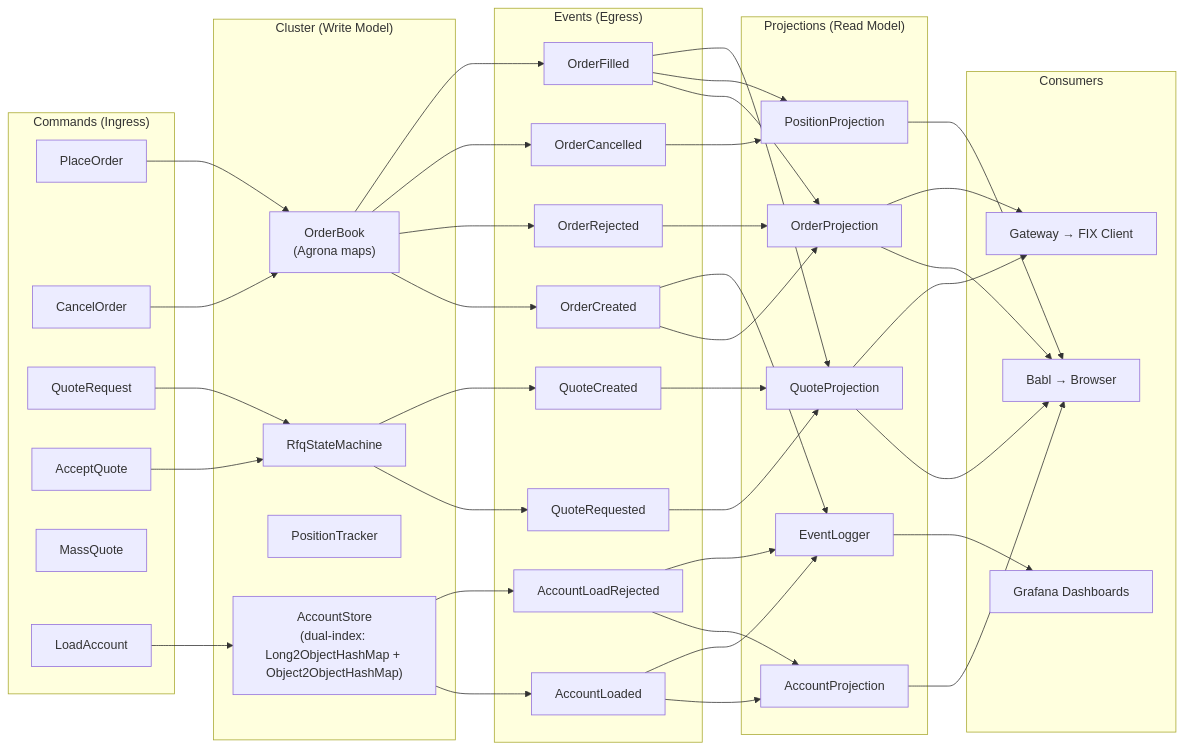
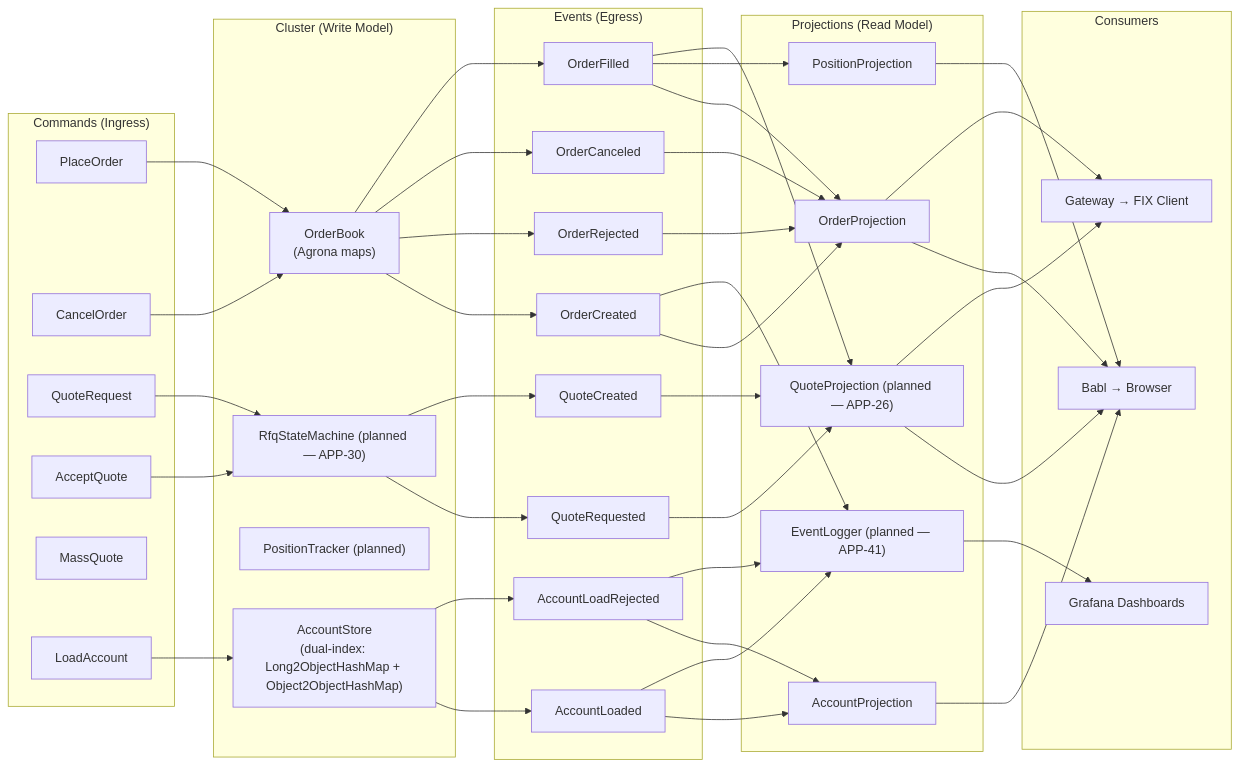
Before and after one commit to jsohi/app-trading-engine: the diagram in docs/event-map.md, drawn with Mermaid. The commit also changed other lines of this file and 15 other files, not shown here.

````diff
--- a/docs/event-map.md
+++ b/docs/event-map.md
@@ -127,80 +168,80 @@
 ```mermaid
 graph LR
     subgraph Ingress["Commands (Ingress)"]
         PlaceOrder
         CancelOrder
         QuoteRequest
         AcceptQuote
         MassQuote
         LoadAccount
     end
 
     subgraph Cluster["Cluster (Write Model)"]
         OH["OrderBook<br/>(Agrona maps)"]
-        RFQ["RfqStateMachine"]
-        PT["PositionTracker"]
+        RFQ["RfqStateMachine (planned — APP-30)"]
+        PT["PositionTracker (planned)"]
         AS["AccountStore<br/>(dual-index: Long2ObjectHashMap + Object2ObjectHashMap)"]
     end
 
     subgraph Events["Events (Egress)"]
         OA["OrderCreated"]
         OR["OrderRejected"]
         OF["OrderFilled"]
-        OC["OrderCancelled"]
+        OC["OrderCanceled"]
         QReq["QuoteRequested"]
         QC["QuoteCreated"]
         AL["AccountLoaded"]
         ALR["AccountLoadRejected"]
     end
 
     subgraph ReadModel["Projections (Read Model)"]
         OP["OrderProjection"]
         PP["PositionProjection"]
-        QP["QuoteProjection"]
+        QP["QuoteProjection (planned — APP-26)"]
         AP["AccountProjection"]
-        EL["EventLogger"]
+        EL["EventLogger (planned — APP-41)"]
     end
 
     subgraph Consumers["Consumers"]
         Babl["Babl → Browser"]
         FIX["Gateway → FIX Client"]
         Grafana["Grafana Dashboards"]
     end
 
     PlaceOrder --> OH
     CancelOrder --> OH
     QuoteRequest --> RFQ
     AcceptQuote --> RFQ
     LoadAccount --> AS
 
     OH --> OA
     OH --> OR
     OH --> OC
     OH --> OF
     RFQ --> QReq
     RFQ --> QC
     AS --> AL
     AS --> ALR
 
     OA --> OP
     OA --> EL
     OR --> OP
     OF --> OP
     OF --> PP
     OF --> QP
-    OC --> PP
+    OC --> OP
     QReq --> QP
     QC --> QP
     AL --> AP
     AL --> EL
     ALR --> AP
     ALR --> EL
 
     OP --> Babl
     PP --> Babl
     QP --> Babl
     AP --> Babl
     OP --> FIX
     QP --> FIX
     EL --> Grafana
 ```
````
